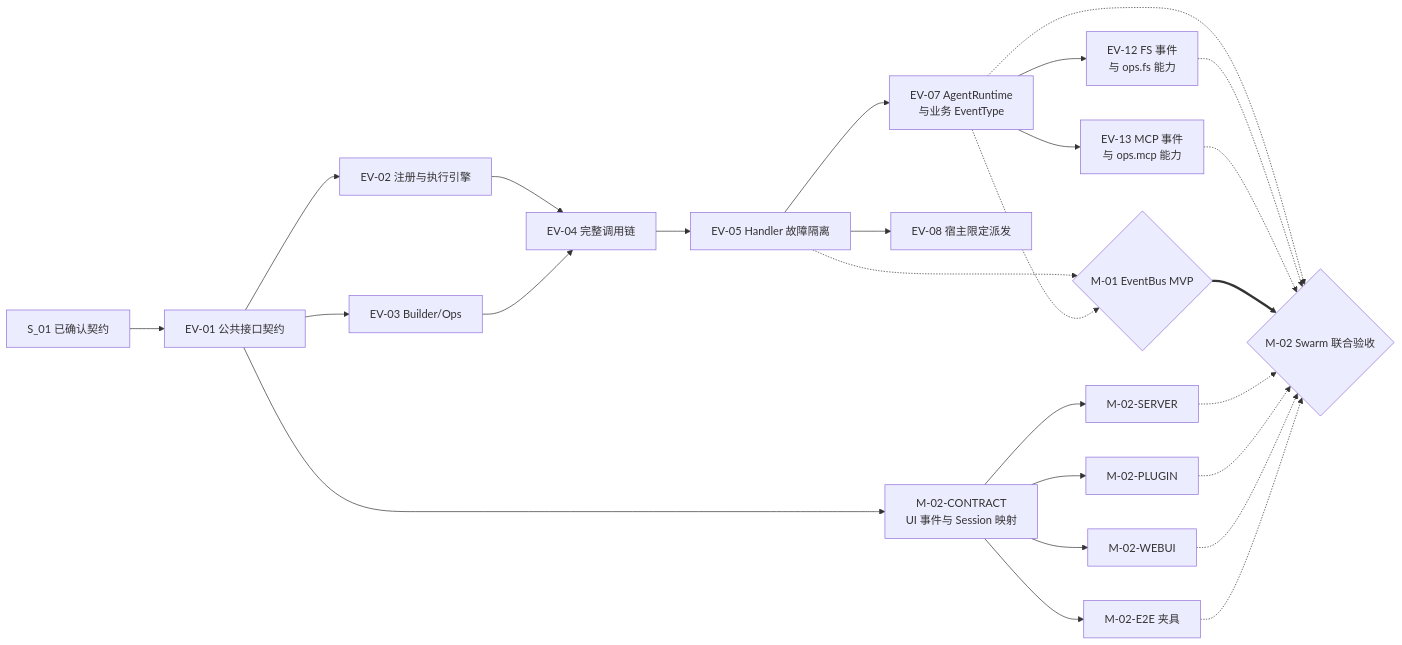
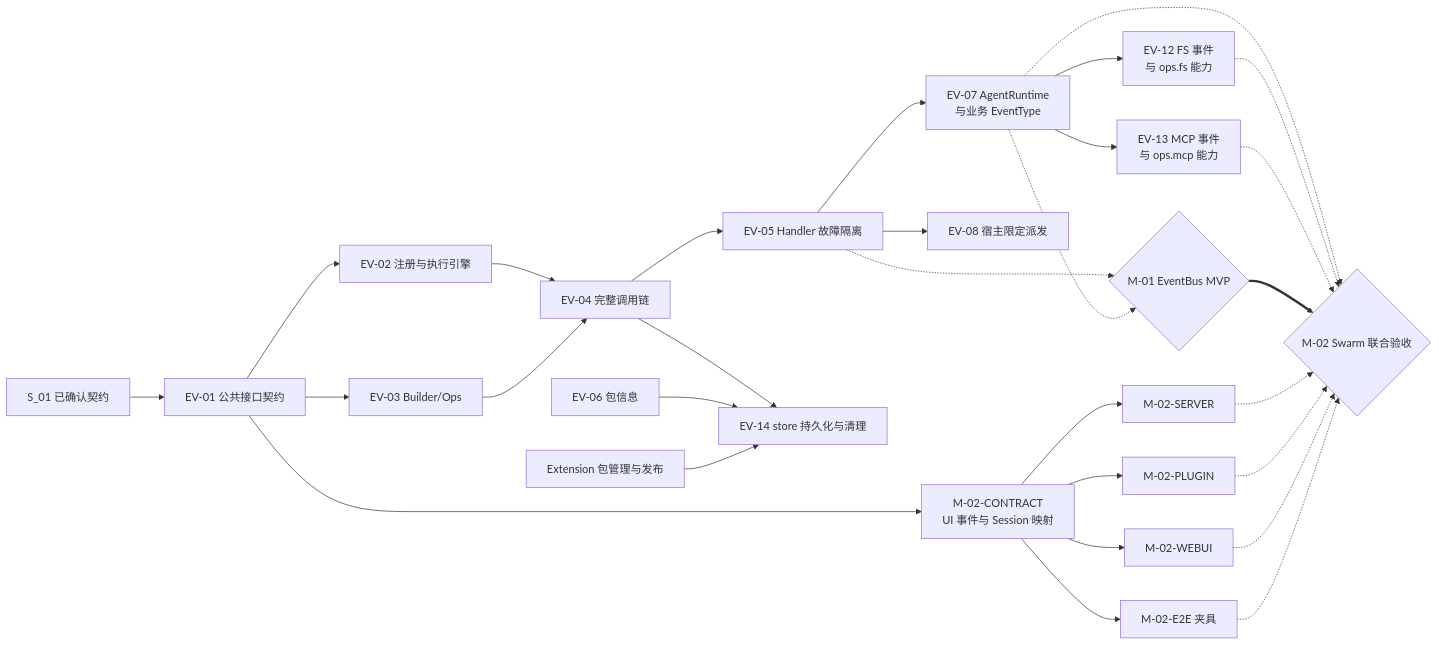
Before and after one commit to openJiuwen-ai/agent-core: the diagram in openjiuwen/core/events/docs/designs/events-development-plan.md, drawn with Mermaid. The commit also changed other lines of this file and 26 other files, not shown here.

First line of the commit message:
feat(events): add store Ops with JSON persistence and uninstall cleanup

````diff
--- a/openjiuwen/core/events/docs/designs/events-development-plan.md
+++ b/openjiuwen/core/events/docs/designs/events-development-plan.md
@@ -180,30 +189,34 @@
 ```mermaid
 flowchart LR
     S01["S_01 已确认契约"] --> EV01["EV-01 公共接口契约"]
     EV01 --> EV02["EV-02 注册与执行引擎"]
     EV01 --> EV03["EV-03 Builder/Ops"]
     EV02 --> EV04["EV-04 完整调用链"]
     EV03 --> EV04
     EV04 --> EV05["EV-05 Handler 故障隔离"]
     EV05 --> EV07["EV-07 AgentRuntime\n与业务 EventType"]
     EV05 --> EV08["EV-08 宿主限定派发"]
     EV07 --> EV12["EV-12 FS 事件\n与 ops.fs 能力"]
     EV07 --> EV13["EV-13 MCP 事件\n与 ops.mcp 能力"]
+
+    EV04 --> EV14["EV-14 store 持久化与清理"]
+    PackageOps["EV-06 包信息"] --> EV14
+    Extension["Extension 包管理与发布"] --> EV14
 
     EV01 --> Contract["M-02-CONTRACT\nUI 事件与 Session 映射"]
     Contract --> Server["M-02-SERVER"]
     Contract --> Plugin["M-02-PLUGIN"]
     Contract --> WebUI["M-02-WEBUI"]
     Contract --> E2E["M-02-E2E 夹具"]
 
     EV05 -.-> M01{"M-01 EventBus MVP"}
     EV07 -.-> M01
     EV07 -.-> M02
     EV12 -.-> M02
     EV13 -.-> M02
     M01 ==> M02{"M-02 Swarm 联合验收"}
     Server -.-> M02
     Plugin -.-> M02
     WebUI -.-> M02
     E2E -.-> M02
 ```
````
